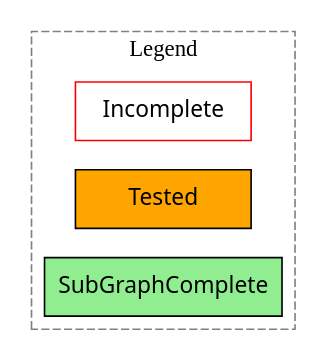
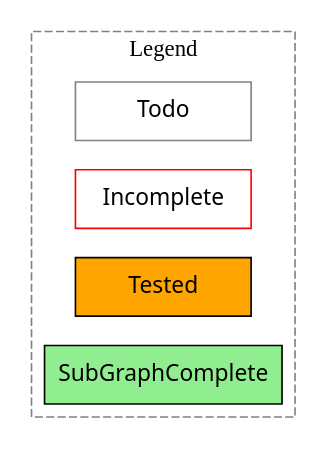
Before and after one commit to Crary-Systems/tree-sitter-tsql: the diagram in docs/roadmap/misc/legend.dot, drawn with Graphviz. The commit also changed 37 other files, not shown here.

Commit message:
Add more work on roadmap and testing for missing roadmap graphs

```diff
--- a/docs/roadmap/misc/legend.dot
+++ b/docs/roadmap/misc/legend.dot
@@ -1,19 +1,21 @@
 digraph GrammarPortingLegend {
   rankdir=LR
   node [shape=box fontname="Sans" width=1.5 height=0.5]
 
+  Todo         [label="Todo",                 color=gray]
   Incomplete   [label="Incomplete",           color=red]
   Tested       [label="Tested",               style=filled, fillcolor=orange]
   SubGraphComplete [label="SubGraphComplete", style=filled, fillcolor=lightgreen]
 
   subgraph cluster_legend {
     label = "Legend"
     style = dashed
     color = gray
     fontcolor = black
     node [style=filled]
     Incomplete
     Tested
     SubGraphComplete
+    Todo
   }
 }
```
